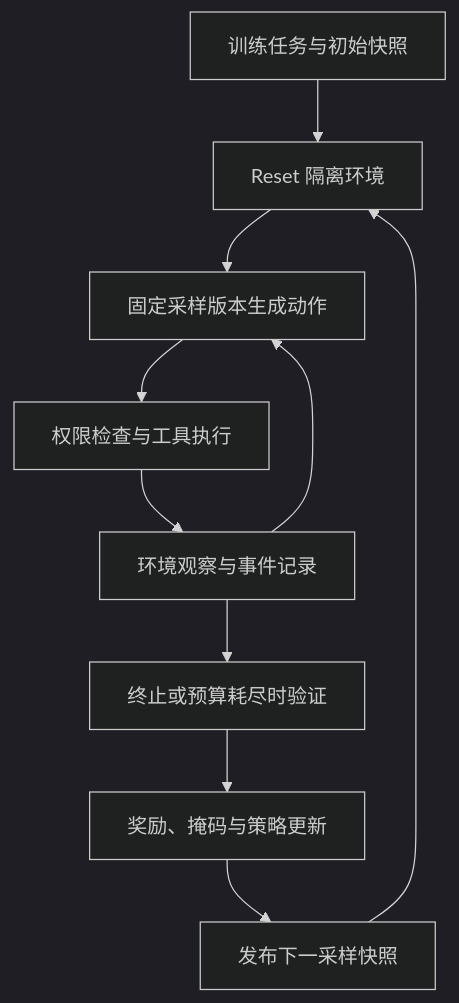
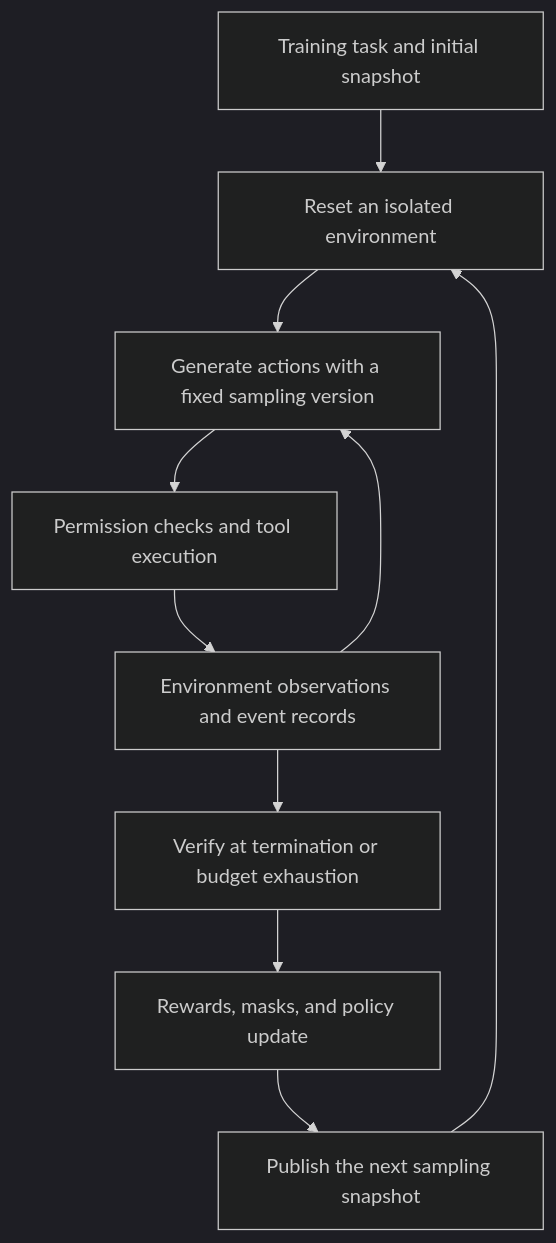
Before and after one commit to oneleaveknowsthefall/awesome-ai-roadmap: the second of 2 diagrams in docs/agent/07-post-training/25-agent-post-training.md, drawn with Mermaid (dark theme). The commit also changed other lines of this file and 68 other files, not shown here.

````diff
--- a/docs/agent/07-post-training/25-agent-post-training.md
+++ b/docs/agent/07-post-training/25-agent-post-training.md
@@ -187,12 +189,12 @@
 ```mermaid
 flowchart TD
-    Q["训练任务与初始快照"] --> Z["Reset 隔离环境"]
-    Z --> S["固定采样版本生成动作"]
-    S --> X["权限检查与工具执行"]
-    X --> O["环境观察与事件记录"]
+    Q["Training task and initial snapshot"] --> Z["Reset an isolated environment"]
+    Z --> S["Generate actions with a fixed sampling version"]
+    S --> X["Permission checks and tool execution"]
+    X --> O["Environment observations and event records"]
     O --> S
-    O --> V["终止或预算耗尽时验证"]
-    V --> U["奖励、掩码与策略更新"]
-    U --> N["发布下一采样快照"]
+    O --> V["Verify at termination or budget exhaustion"]
+    V --> U["Rewards, masks, and policy update"]
+    U --> N["Publish the next sampling snapshot"]
     N --> Z
 ```
````
